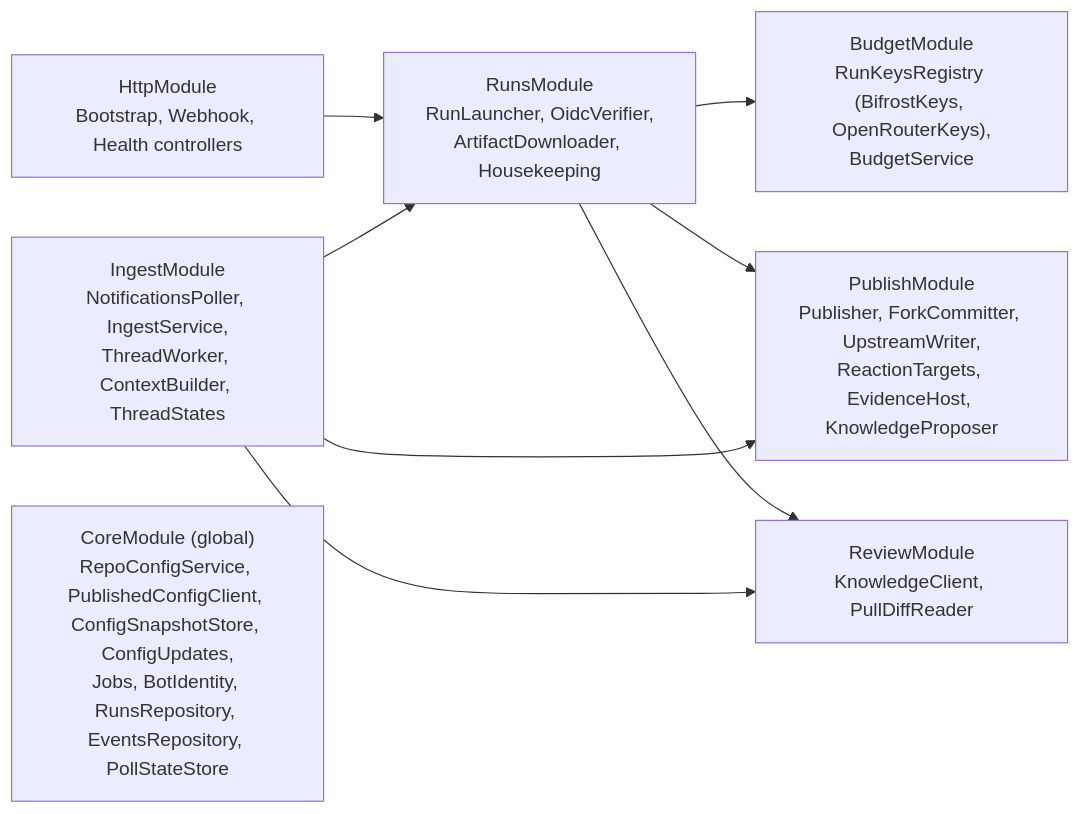
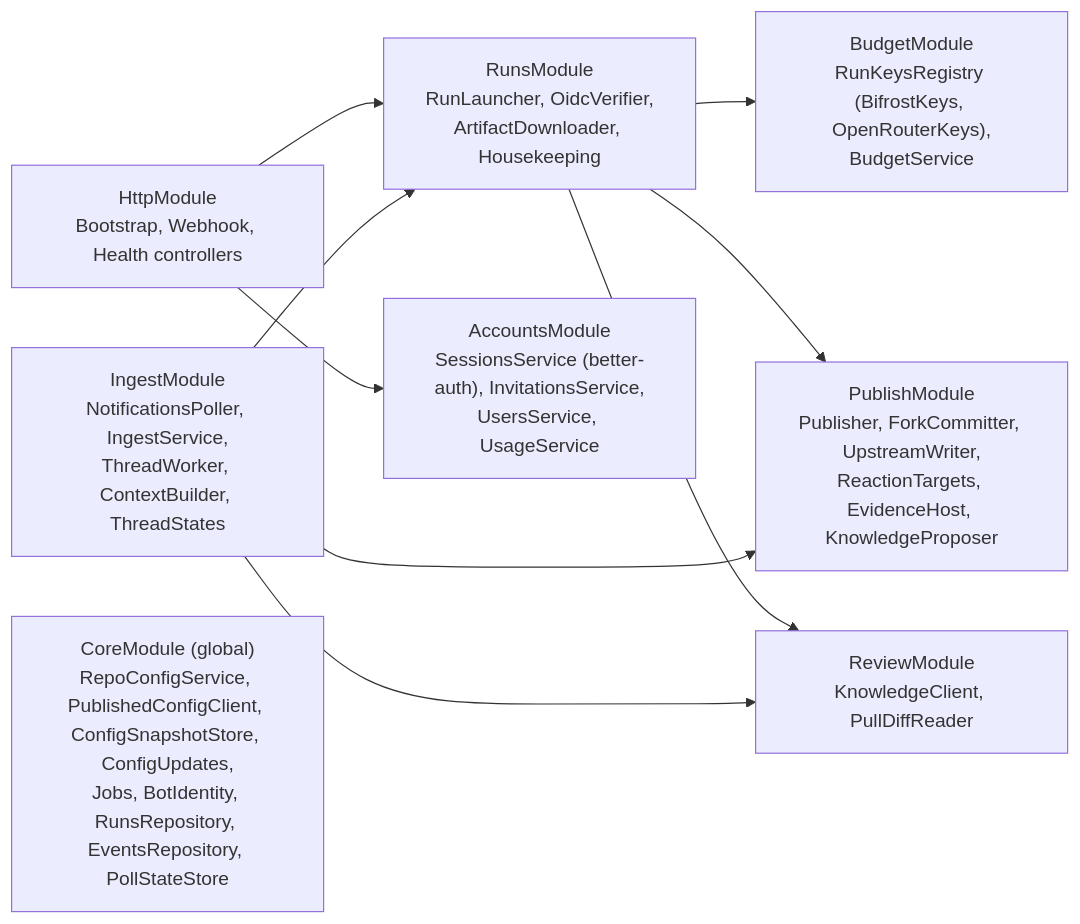
One commit to open-macaron/macaron changed the first of 2 diagrams in docs/ENGINEERING.md. Above: the diagram before and after it, drawn with Mermaid. The commit also changed other lines of this file and 3 other files, not shown here.

````diff
--- a/docs/ENGINEERING.md
+++ b/docs/ENGINEERING.md
@@ -48,11 +48,12 @@
 ```mermaid
 flowchart LR
   HTTP["HttpModule<br/>Bootstrap, Webhook, Health controllers"] --> RUNS
   ING["IngestModule<br/>NotificationsPoller, IngestService,<br/>ThreadWorker, ContextBuilder, ThreadStates"] --> RUNS
   RUNS["RunsModule<br/>RunLauncher, OidcVerifier,<br/>ArtifactDownloader, Housekeeping"] --> BUD["BudgetModule<br/>RunKeysRegistry (BifrostKeys, OpenRouterKeys),<br/>BudgetService"]
   RUNS --> PUB["PublishModule<br/>Publisher, ForkCommitter, UpstreamWriter,<br/>ReactionTargets, EvidenceHost, KnowledgeProposer"]
   RUNS --> REV["ReviewModule<br/>KnowledgeClient, PullDiffReader"]
   ING --> PUB
   ING --> REV
   CORE["CoreModule (global)<br/>RepoConfigService, PublishedConfigClient, ConfigSnapshotStore, ConfigUpdates,<br/>Jobs, BotIdentity, RunsRepository, EventsRepository, PollStateStore"]
+  HTTP --> ACC["AccountsModule<br/>SessionsService (better-auth), InvitationsService,<br/>UsersService, UsageService"]
 ```
````
